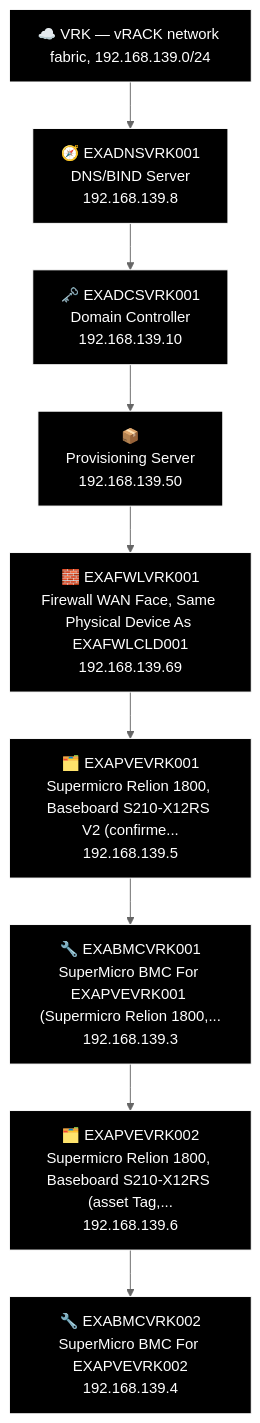
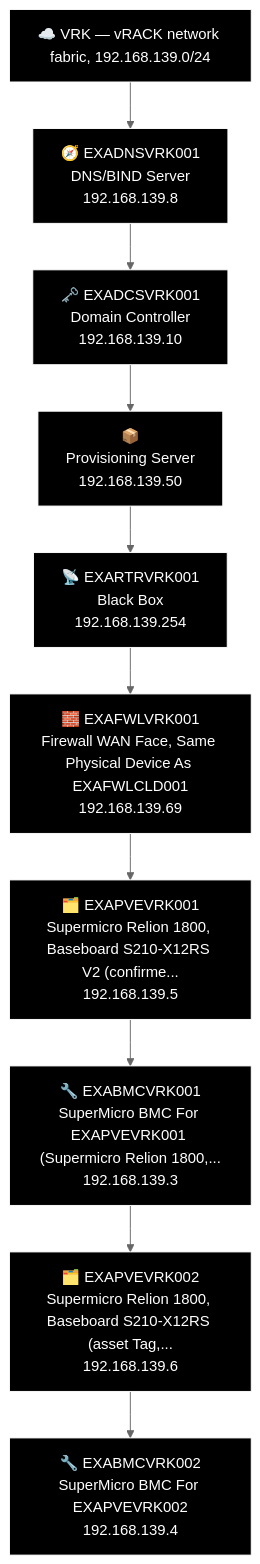
Before and after one commit to knightmare2600/example_music_infra: the diagram in docs/network-diagram/vrk.md, drawn with Mermaid (neutral theme). The commit also changed 4 other files, not shown here.

First line of the commit message:
VRK: add black-box upstream router, same shape as FRD's

````diff
--- a/docs/network-diagram/vrk.md
+++ b/docs/network-diagram/vrk.md
@@ -31,25 +31,27 @@
 ```mermaid
 %% GENERATED:TOPOLOGY:VRK:START
 %%{init: {'flowchart': {'curve': 'stepAfter'}}}%%
 graph TD
     T_VRK["☁️ VRK — vRACK network fabric, 192.168.139.0/24"]
     T_DNS["🧭 EXADNSVRK001<br/>DNS/BIND Server<br/>192.168.139.8"]
     T_DCS["🗝️ EXADCSVRK001<br/>Domain Controller<br/>192.168.139.10"]
     T_TMP["📦<br/>Provisioning Server<br/>192.168.139.50"]
+    T_RTR["📡 EXARTRVRK001<br/>Black Box<br/>192.168.139.254"]
     T_FWL["🧱 EXAFWLVRK001<br/>Firewall WAN Face, Same Physical Device As EXAFWLCLD001<br/>192.168.139.69"]
     T_PVE["🗂️ EXAPVEVRK001<br/>Supermicro Relion 1800, Baseboard S210-X12RS V2 (confirme...<br/>192.168.139.5"]
     T_BMC["🔧 EXABMCVRK001<br/>SuperMicro BMC For EXAPVEVRK001 (Supermicro Relion 1800,...<br/>192.168.139.3"]
     T_PVE2["🗂️ EXAPVEVRK002<br/>Supermicro Relion 1800, Baseboard S210-X12RS (asset Tag,...<br/>192.168.139.6"]
     T_BMC2["🔧 EXABMCVRK002<br/>SuperMicro BMC For EXAPVEVRK002<br/>192.168.139.4"]
-    T_VRK --> T_DNS --> T_DCS --> T_TMP --> T_FWL --> T_PVE --> T_BMC --> T_PVE2 --> T_BMC2
+    T_VRK --> T_DNS --> T_DCS --> T_TMP --> T_RTR --> T_FWL --> T_PVE --> T_BMC --> T_PVE2 --> T_BMC2
     style T_VRK fill:#000000,stroke:#FFFFFF,color:#FFFFFF
     style T_DNS fill:#000000,stroke:#FFFFFF,color:#FFFFFF
     style T_DCS fill:#000000,stroke:#FFFFFF,color:#FFFFFF
     style T_TMP fill:#000000,stroke:#FFFFFF,color:#FFFFFF
+    style T_RTR fill:#000000,stroke:#FFFFFF,color:#FFFFFF
     style T_FWL fill:#000000,stroke:#FFFFFF,color:#FFFFFF
     style T_PVE fill:#000000,stroke:#FFFFFF,color:#FFFFFF
     style T_BMC fill:#000000,stroke:#FFFFFF,color:#FFFFFF
     style T_PVE2 fill:#000000,stroke:#FFFFFF,color:#FFFFFF
     style T_BMC2 fill:#000000,stroke:#FFFFFF,color:#FFFFFF
 %% GENERATED:TOPOLOGY:VRK:END
 ```
````
